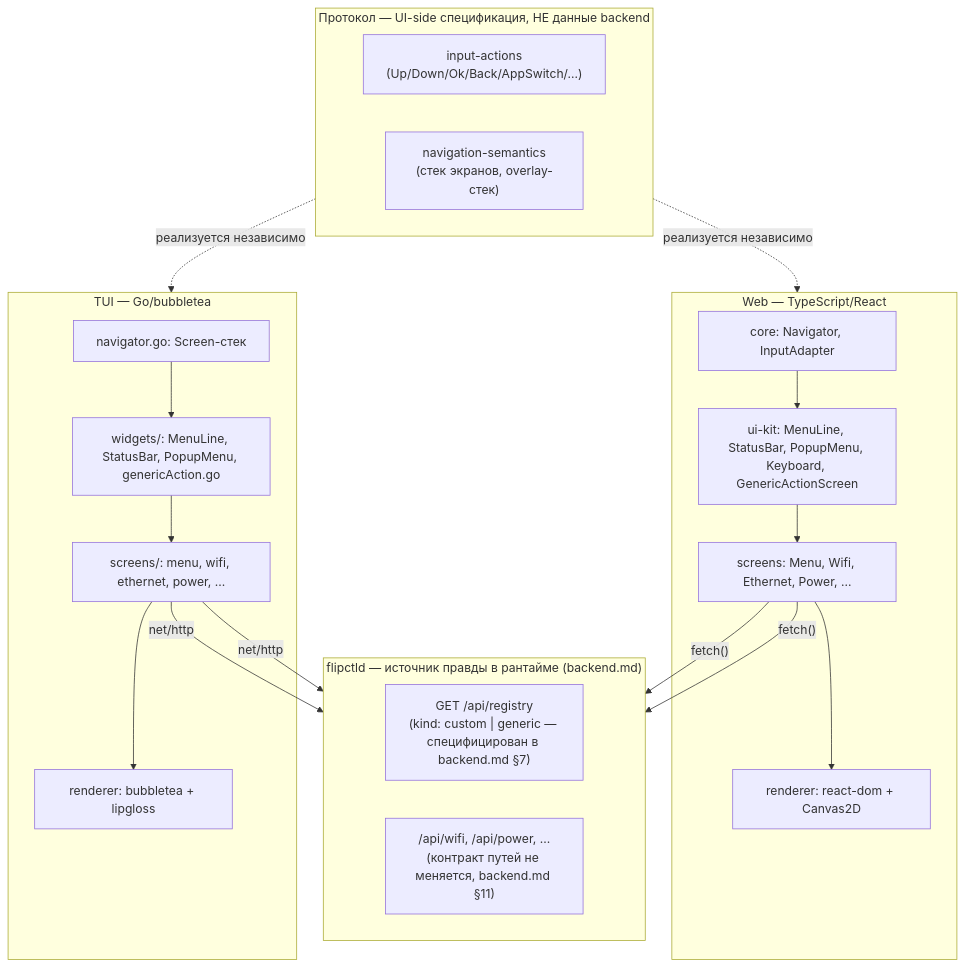
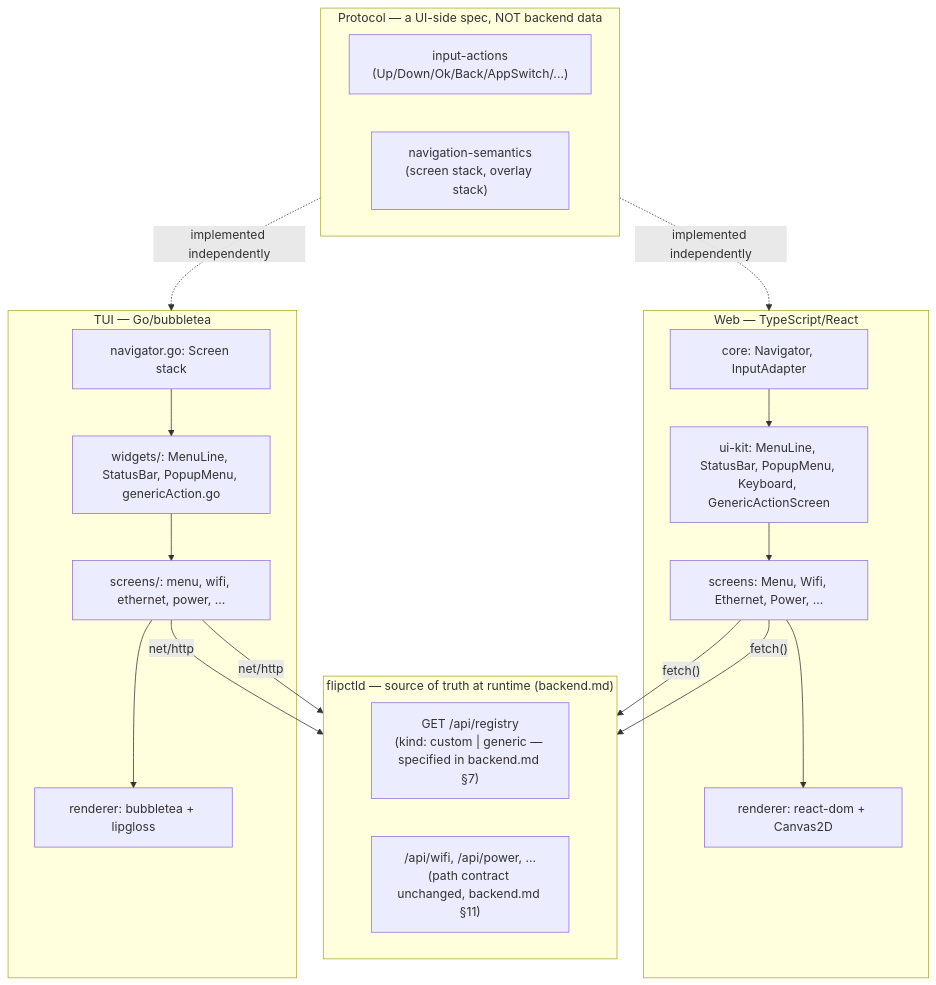
Before and after one commit to Atarity/flipctl: the second of 6 diagrams in frontend.md, drawn with Mermaid. The commit also changed other lines of this file and 12 other files, not shown here.

````diff
--- a/frontend.md
+++ b/frontend.md
@@ -42,38 +78,38 @@
 ```mermaid
 flowchart TB
-    subgraph PROTOCOL["Протокол — UI-side спецификация, НЕ данные backend"]
+    subgraph PROTOCOL["Protocol — a UI-side spec, NOT backend data"]
         direction LR
         C1["input-actions\n(Up/Down/Ok/Back/AppSwitch/...)"]
-        C4["navigation-semantics\n(стек экранов, overlay-стек)"]
+        C4["navigation-semantics\n(screen stack, overlay stack)"]
     end
 
-    subgraph BACKEND["flipctld — источник правды в рантайме (backend.md)"]
+    subgraph BACKEND["flipctld — source of truth at runtime (backend.md)"]
         direction LR
-        REG["GET /api/registry\n(kind: custom | generic — специфицирован в backend.md §7)"]
-        API["/api/wifi, /api/power, ...\n(контракт путей не меняется, backend.md §11)"]
+        REG["GET /api/registry\n(kind: custom | generic — specified in backend.md §7)"]
+        API["/api/wifi, /api/power, ...\n(path contract unchanged, backend.md §11)"]
     end
 
     subgraph WEB["Web — TypeScript/React"]
         W1[core: Navigator, InputAdapter]
         W2["ui-kit: MenuLine, StatusBar, PopupMenu, Keyboard, GenericActionScreen"]
         W3["screens: Menu, Wifi, Ethernet, Power, ..."]
         W4["renderer: react-dom + Canvas2D"]
         W1 --> W2 --> W3 --> W4
     end
 
     subgraph TUI["TUI — Go/bubbletea"]
-        T1["navigator.go: Screen-стек"]
+        T1["navigator.go: Screen stack"]
         T2["widgets/: MenuLine, StatusBar, PopupMenu, genericAction.go"]
         T3["screens/: menu, wifi, ethernet, power, ..."]
         T4["renderer: bubbletea + lipgloss"]
         T1 --> T2 --> T3 --> T4
     end
 
-    PROTOCOL -.реализуется независимо.-> WEB
-    PROTOCOL -.реализуется независимо.-> TUI
+    PROTOCOL -.implemented independently.-> WEB
+    PROTOCOL -.implemented independently.-> TUI
 
     W3 -->|"fetch()"| REG
     W3 -->|"fetch()"| API
     T3 -->|"net/http"| REG
     T3 -->|"net/http"| API
 ```
````
